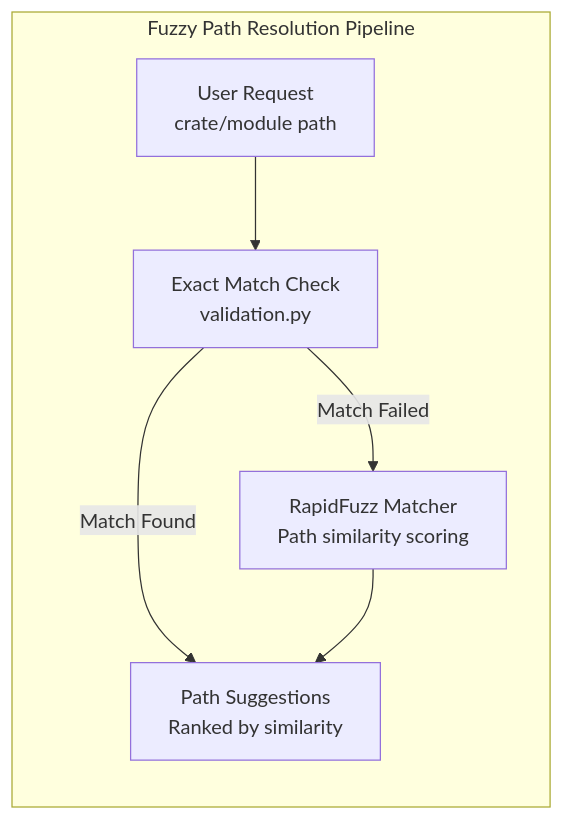
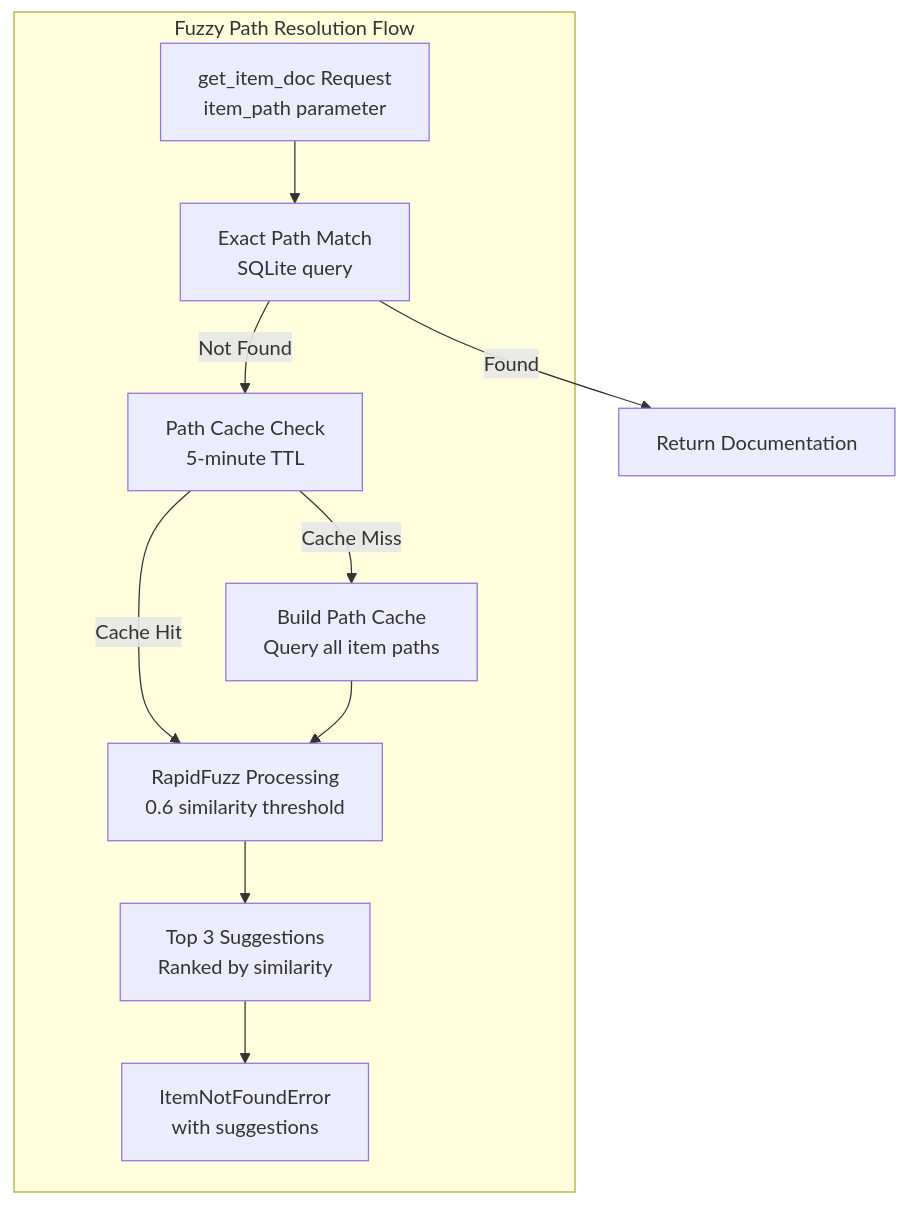
Diagram 24 of 32 in Architecture.md (RimoVR/docsrs-mcp), drawn with Mermaid before and after one commit. The commit also changed other lines of this file and 11 other files, not shown here.

First line of the commit message:
feat: Add fuzzy path resolution for improved UX

````diff
--- a/Architecture.md
+++ b/Architecture.md
@@ -1513,14 +1514,21 @@
 ```mermaid
-graph LR
-    subgraph "Fuzzy Path Resolution Pipeline"
-        USER_REQ[User Request<br/>crate/module path]
-        EXACT_MATCH[Exact Match Check<br/>validation.py]
-        FUZZY_MATCHER[RapidFuzz Matcher<br/>Path similarity scoring]
-        SUGGESTIONS[Path Suggestions<br/>Ranked by similarity]
+graph TD
+    subgraph "Fuzzy Path Resolution Flow"
+        REQ[get_item_doc Request<br/>item_path parameter]
+        EXACT[Exact Path Match<br/>SQLite query]
+        CACHE_CHECK[Path Cache Check<br/>5-minute TTL]
+        CACHE_BUILD[Build Path Cache<br/>Query all item paths]
+        FUZZY[RapidFuzz Processing<br/>0.6 similarity threshold]
+        SUGGESTIONS[Top 3 Suggestions<br/>Ranked by similarity]
+        ERROR[ItemNotFoundError<br/>with suggestions]
     end
     
-    USER_REQ --> EXACT_MATCH
-    EXACT_MATCH -->|Match Found| SUGGESTIONS
-    EXACT_MATCH -->|Match Failed| FUZZY_MATCHER
-    FUZZY_MATCHER --> SUGGESTIONS
+    REQ --> EXACT
+    EXACT -->|Found| SUCCESS[Return Documentation]
+    EXACT -->|Not Found| CACHE_CHECK
+    CACHE_CHECK -->|Cache Hit| FUZZY
+    CACHE_CHECK -->|Cache Miss| CACHE_BUILD
+    CACHE_BUILD --> FUZZY
+    FUZZY --> SUGGESTIONS
+    SUGGESTIONS --> ERROR
 ```
````
